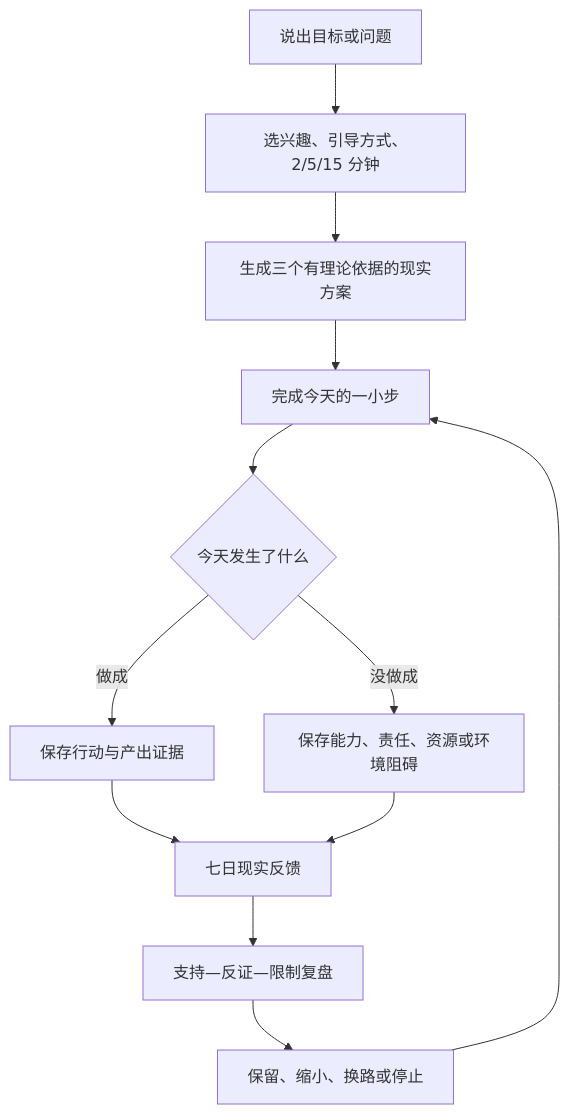
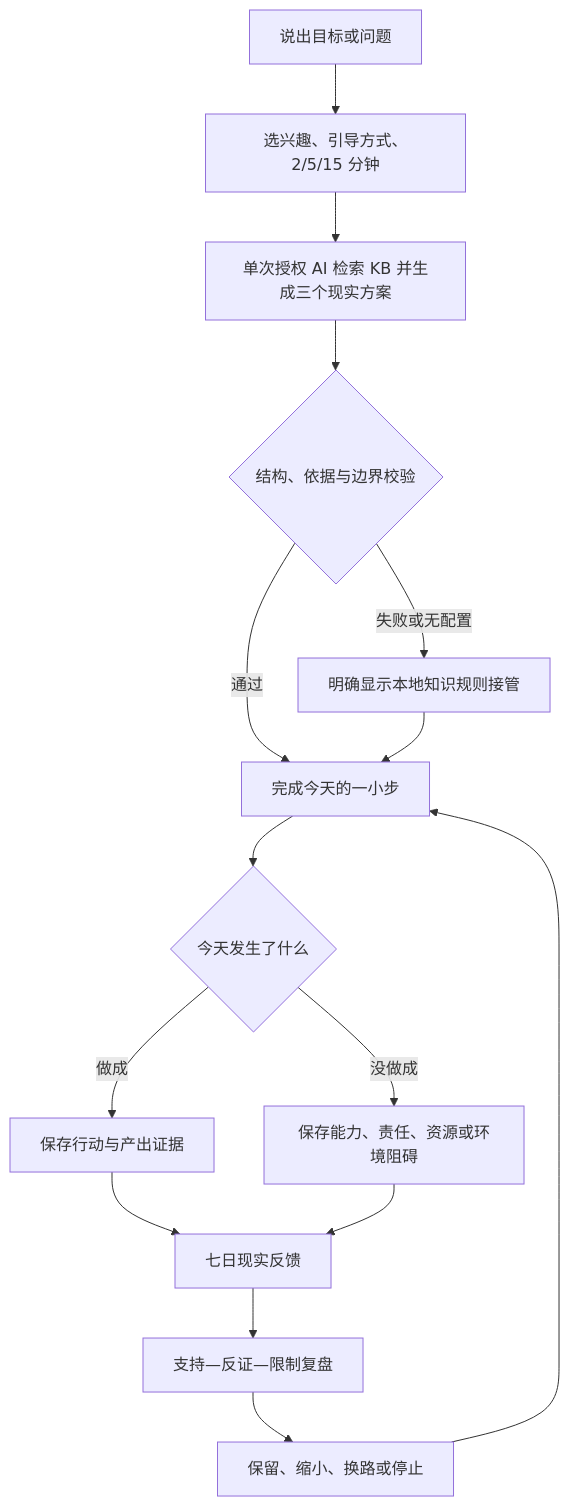
The diagram in docs/will_mirror_v5_product_plan.md (liangliangliao/quote_app222), drawn with Mermaid before and after one commit. The commit also changed other lines of this file and 17 other files, not shown here.

````diff
--- a/docs/will_mirror_v5_product_plan.md
+++ b/docs/will_mirror_v5_product_plan.md
@@ -45,14 +45,17 @@
 ```mermaid
 flowchart TD
     A[说出目标或问题] --> B[选兴趣、引导方式、2/5/15 分钟]
-    B --> C[生成三个有理论依据的现实方案]
-    C --> D[完成今天的一小步]
+    B --> C[单次授权 AI 检索 KB 并生成三个现实方案]
+    C --> C1{结构、依据与边界校验}
+    C1 -->|通过| D[完成今天的一小步]
+    C1 -->|失败或无配置| C2[明确显示本地知识规则接管]
+    C2 --> D
     D --> E{今天发生了什么}
     E -->|做成| F[保存行动与产出证据]
     E -->|没做成| G[保存能力、责任、资源或环境阻碍]
     F --> H[七日现实反馈]
     G --> H
     H --> I[支持—反证—限制复盘]
     I --> J[保留、缩小、换路或停止]
     J --> D
 ```
````
